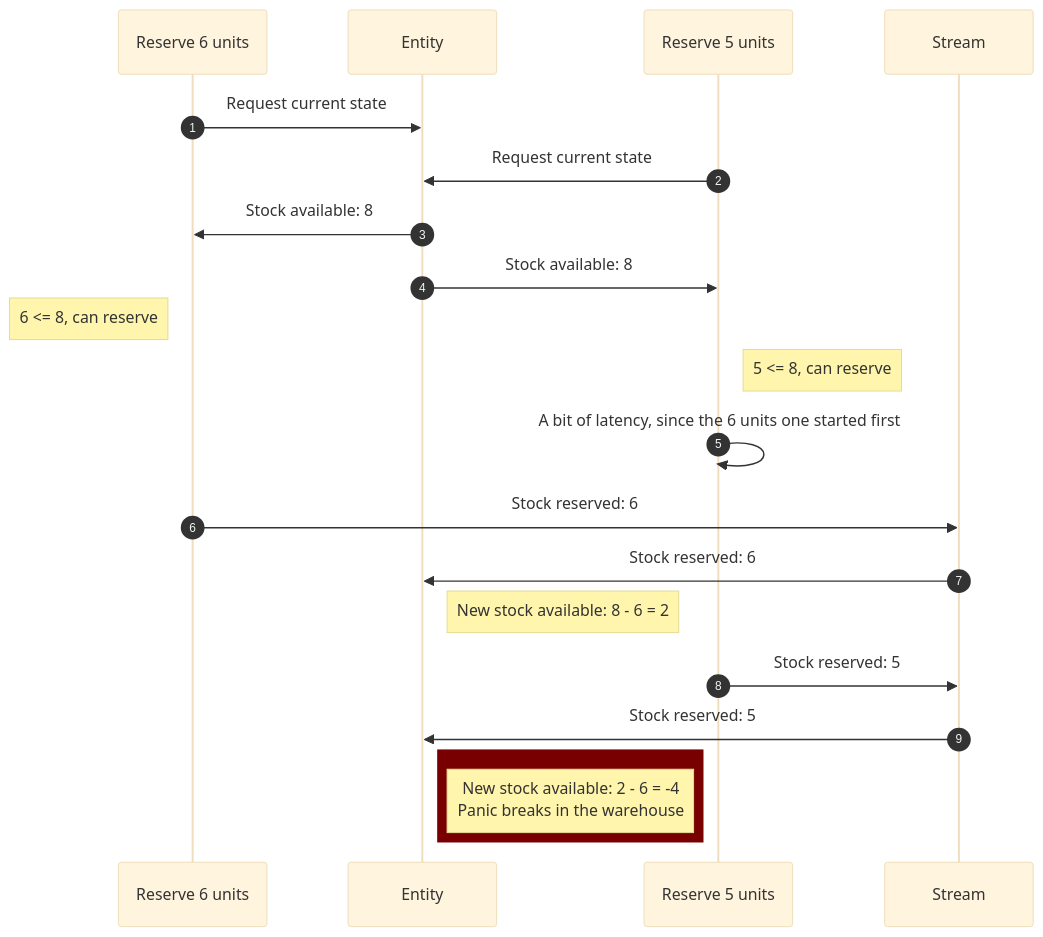
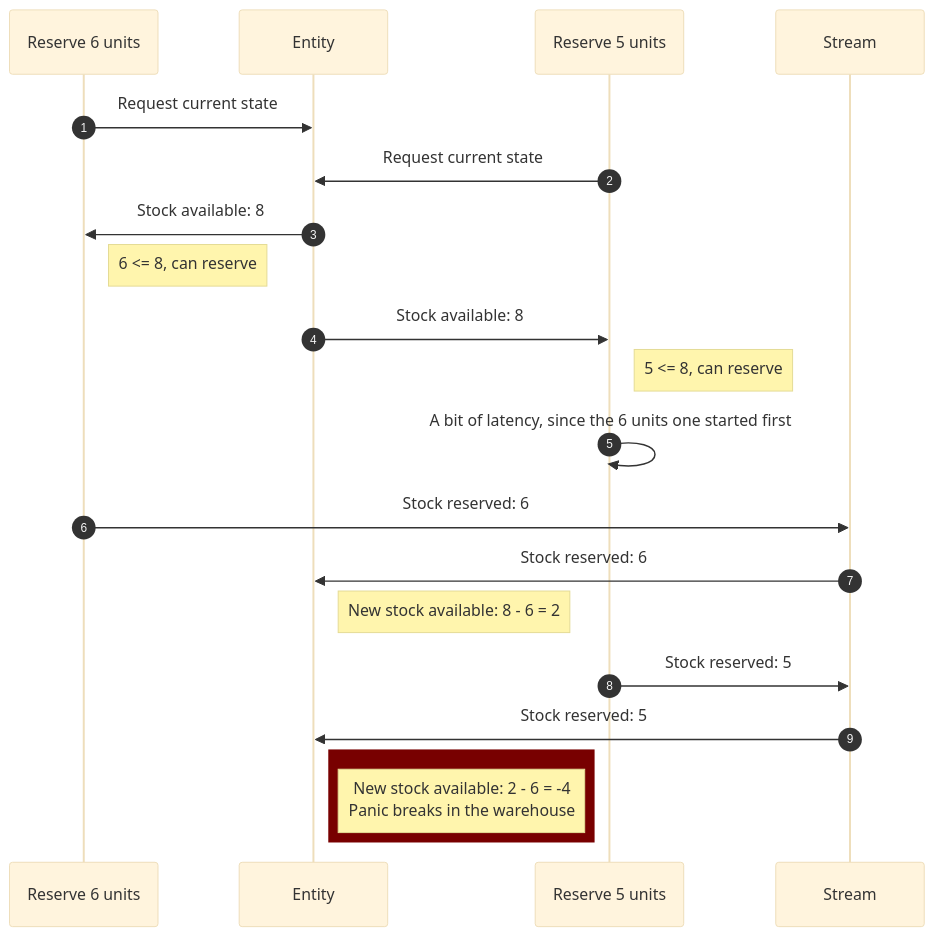
Before and after one commit to JYCabello/yeray-booster-tryout: the diagram in rfc.md, drawn with Mermaid (base theme).

````diff
--- a/rfc.md
+++ b/rfc.md
@@ -56,19 +56,19 @@
 ```mermaid
 sequenceDiagram
   autonumber
   Reserve 6 units ->> Entity: Request current state
   Reserve 5 units ->> Entity: Request current state
   Entity ->> Reserve 6 units: Stock available: 8
+  Note right of Reserve 6 units: 6 <= 8, can reserve
   Entity ->> Reserve 5 units: Stock available: 8
-  Note left of Reserve 6 units: 6 <= 8, can reserve
   Note right of Reserve 5 units: 5 <= 8, can reserve
   Reserve 5 units ->> Reserve 5 units: A bit of latency, since the 6 units one started first
   Reserve 6 units ->> Stream: Stock reserved: 6
   Stream ->> Entity: Stock reserved: 6
   Note right of Entity: New stock available: 8 - 6 = 2
   Reserve 5 units ->> Stream: Stock reserved: 5
   Stream ->> Entity: Stock reserved: 5
   rect rgb(120, 0, 0)
     Note right of Entity: New stock available: 2 - 6 = -4<br/>Panic breaks in the warehouse
   end
 ```
````
